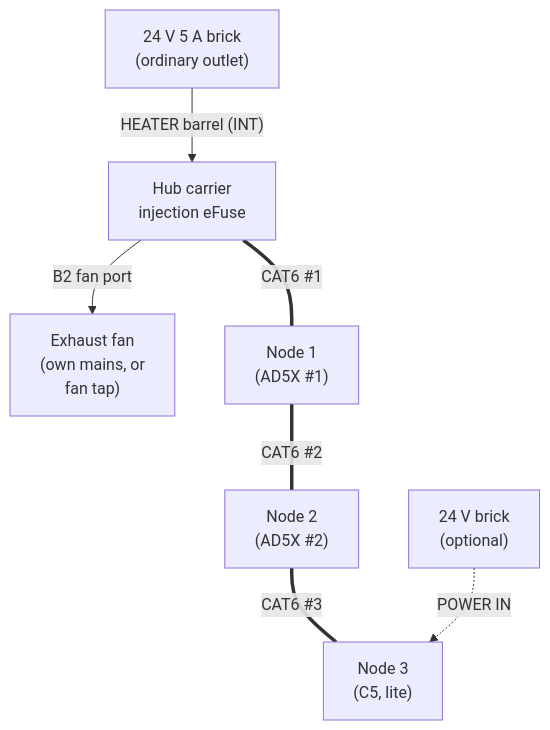
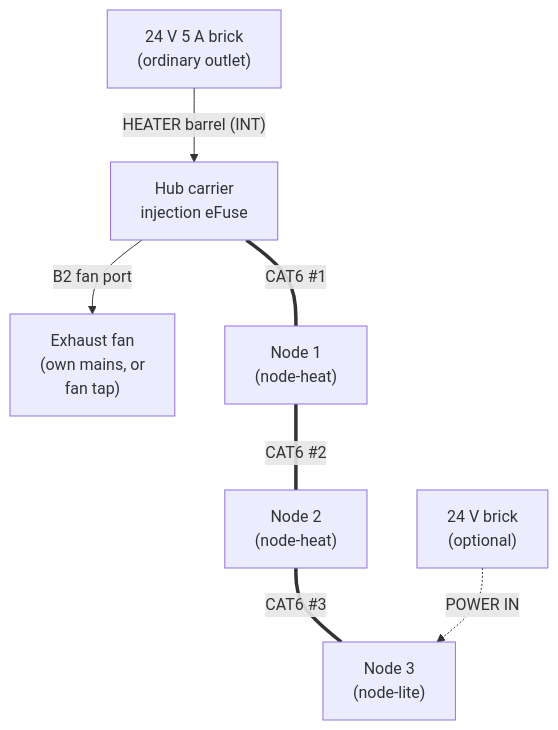
The first of 7 diagrams in docs/04_wiring_and_pinouts.md (BashfulBits/3dp-fleet-exhaust), drawn with Mermaid before and after one commit. The commit also changed other lines of this file and 40 other files, not shown here.

````diff
--- a/docs/04_wiring_and_pinouts.md
+++ b/docs/04_wiring_and_pinouts.md
@@ -9,9 +9,9 @@
 ```mermaid
 flowchart TB
   PSU["24 V 5 A brick<br>(ordinary outlet)"] -->|"HEATER barrel (INT)"| HC["Hub carrier<br>injection eFuse"]
   HC -->|"B2 fan port"| FAN["Exhaust fan<br>(own mains, or<br>fan tap)"]
-  HC ===|"CAT6 #1"| N1["Node 1<br>(AD5X #1)"]
-  N1 ===|"CAT6 #2"| N2["Node 2<br>(AD5X #2)"]
-  N2 ===|"CAT6 #3"| N3["Node 3<br>(C5, lite)"]
+  HC ===|"CAT6 #1"| N1["Node 1<br>(node-heat)"]
+  N1 ===|"CAT6 #2"| N2["Node 2<br>(node-heat)"]
+  N2 ===|"CAT6 #3"| N3["Node 3<br>(node-lite)"]
   BR["24 V brick<br>(optional)"] -.->|"POWER IN"| N3
 ```
````
